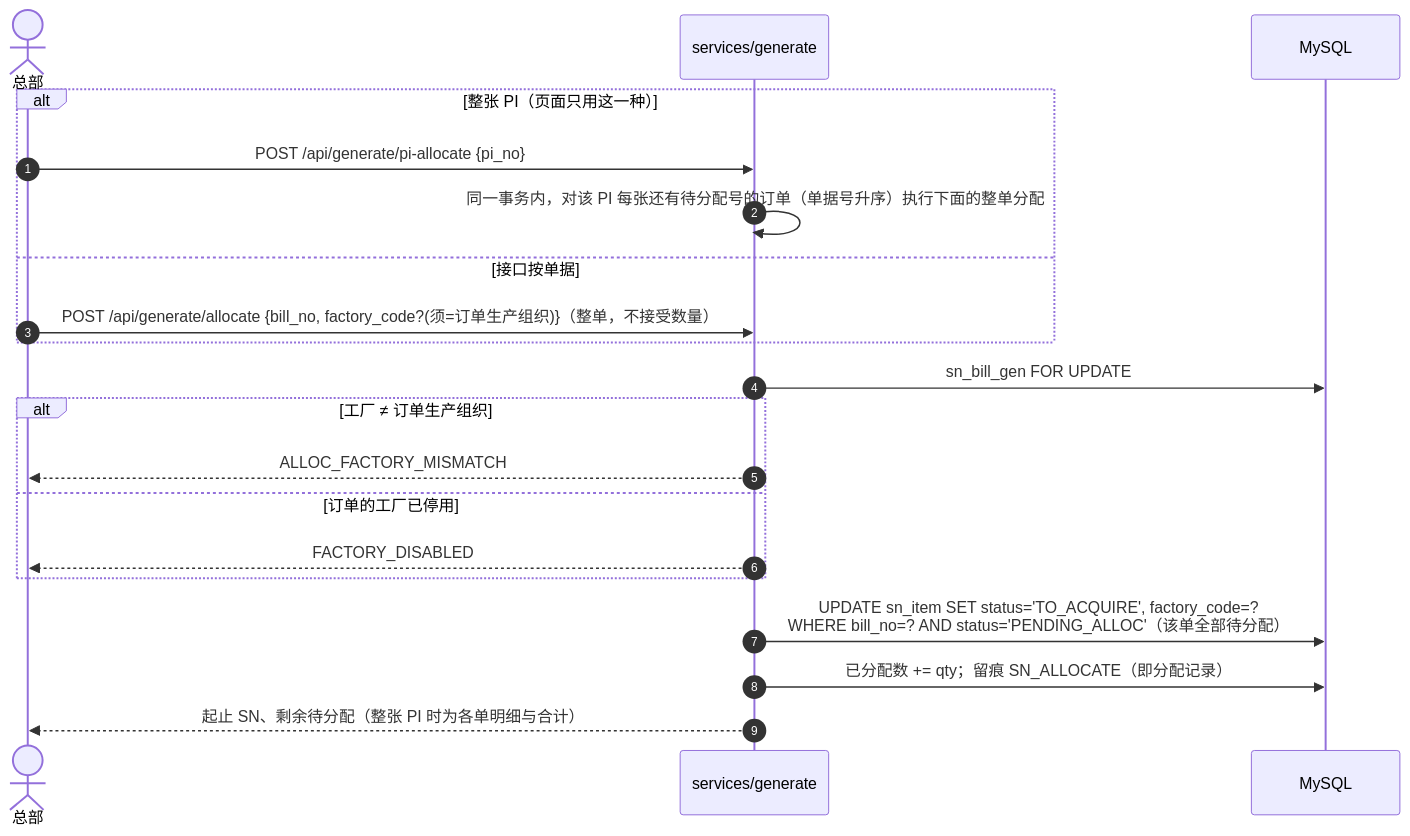
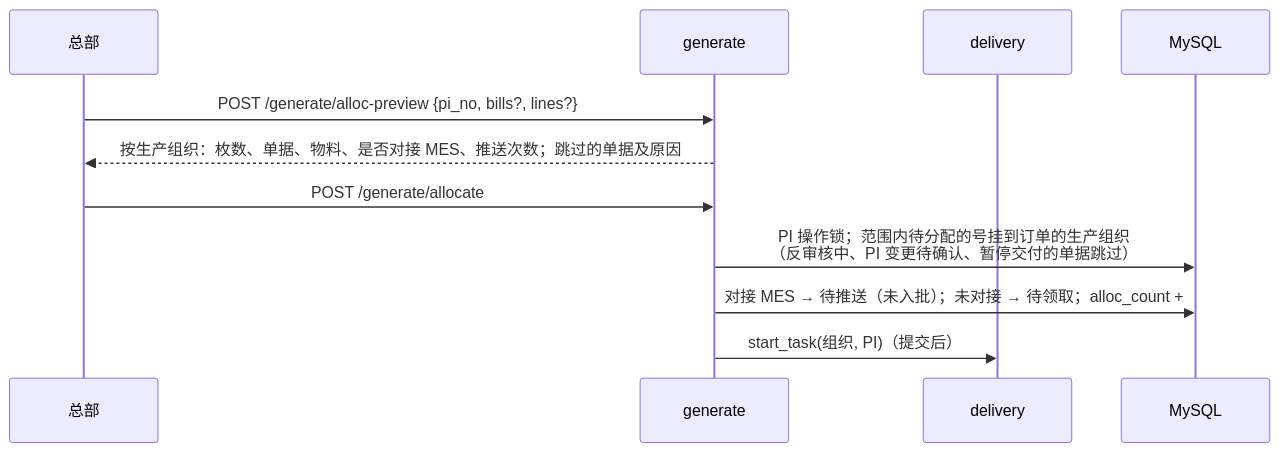
One commit to Createsnow/sn-center changed the eighth of 14 diagrams in docs/技术文档.md. Above: the diagram before and after it, drawn with Mermaid. The commit also changed other lines of this file and 83 other files, not shown here.

````diff
--- a/docs/技术文档.md
+++ b/docs/技术文档.md
@@ -308,22 +366,13 @@
 ```mermaid
 sequenceDiagram
-    autonumber
-    actor H as 总部
-    participant G as services/generate
+    participant U as 总部
+    participant G as generate
+    participant D as delivery
     participant DB as MySQL
-    alt 整张 PI（页面只用这一种）
-        H->>G: POST /api/generate/pi-allocate {pi_no}
-        G->>G: 同一事务内，对该 PI 每张还有待分配号的订单（单据号升序）执行下面的整单分配
-    else 接口按单据
-        H->>G: POST /api/generate/allocate {bill_no, factory_code?(须=订单生产组织)}（整单，不接受数量）
-    end
-    G->>DB: sn_bill_gen FOR UPDATE
-    alt 工厂 ≠ 订单生产组织
-        G-->>H: ALLOC_FACTORY_MISMATCH
-    else 订单的工厂已停用
-        G-->>H: FACTORY_DISABLED
-    end
-    G->>DB: UPDATE sn_item SET status='TO_ACQUIRE', factory_code=? <br/>WHERE bill_no=? AND status='PENDING_ALLOC'（该单全部待分配）
-    G->>DB: 已分配数 += qty；留痕 SN_ALLOCATE（即分配记录）
-    G-->>H: 起止 SN、剩余待分配（整张 PI 时为各单明细与合计）
+    U->>G: POST /generate/alloc-preview {pi_no, bills?, lines?}
+    G-->>U: 按生产组织：枚数、单据、物料、是否对接 MES、推送次数；跳过的单据及原因
+    U->>G: POST /generate/allocate
+    G->>DB: PI 操作锁；范围内待分配的号挂到订单的生产组织<br/>（反审核中、PI 变更待确认、暂停交付的单据跳过）
+    G->>DB: 对接 MES → 待推送（未入批）；未对接 → 待领取；alloc_count +
+    G->>D: start_task(组织, PI)（提交后）
 ```
````
